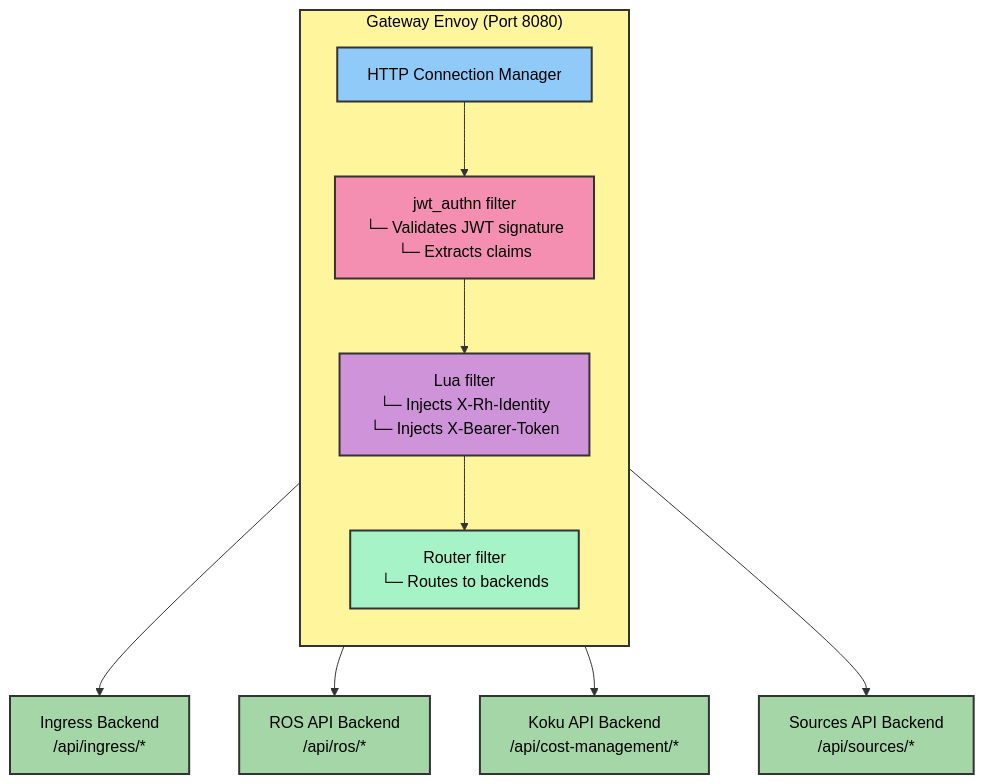
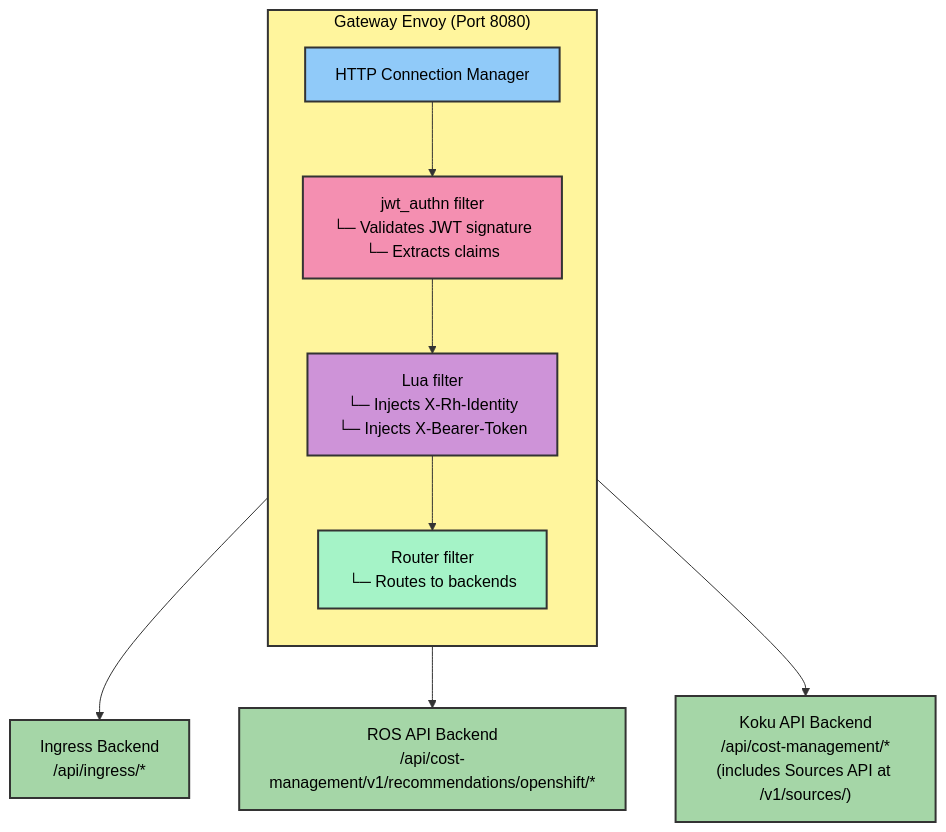
One commit to jordigilh/ros-helm-chart changed the first of 2 diagrams in docs/helm-templates-reference.md. Above: the diagram before and after it, drawn with Mermaid. The commit also changed other lines of this file and 13 other files, not shown here.

First line of the commit message:
Remove sources-api references after Koku integration

````diff
--- a/docs/helm-templates-reference.md
+++ b/docs/helm-templates-reference.md
@@ -121,34 +120,31 @@
 ```mermaid
 graph TB
     subgraph Gateway["Gateway Envoy (Port 8080)"]
         direction TB
         HCM["HTTP Connection Manager"]
         JWT["jwt_authn filter<br/>└─ Validates JWT signature<br/>└─ Extracts claims"]
         Lua["Lua filter<br/>└─ Injects X-Rh-Identity<br/>└─ Injects X-Bearer-Token"]
         Router["Router filter<br/>└─ Routes to backends"]
 
         HCM --> JWT
         JWT --> Lua
         Lua --> Router
     end
 
     Ingress["Ingress Backend<br/>/api/ingress/*"]
-    RosAPI["ROS API Backend<br/>/api/ros/*"]
-    Koku["Koku API Backend<br/>/api/cost-management/*"]
-    Sources["Sources API Backend<br/>/api/sources/*"]
+    RosAPI["ROS API Backend<br/>/api/cost-management/v1/recommendations/openshift/*"]
+    Koku["Koku API Backend<br/>/api/cost-management/*<br/>(includes Sources API at /v1/sources/)"]
 
     Router --> Ingress
     Router --> RosAPI
     Router --> Koku
-    Router --> Sources
 
     style Gateway fill:#fff59d,stroke:#333,stroke-width:2px,color:#000
     style Ingress fill:#a5d6a7,stroke:#333,stroke-width:2px,color:#000
     style RosAPI fill:#a5d6a7,stroke:#333,stroke-width:2px,color:#000
     style Koku fill:#a5d6a7,stroke:#333,stroke-width:2px,color:#000
-    style Sources fill:#a5d6a7,stroke:#333,stroke-width:2px,color:#000
     style HCM fill:#90caf9,stroke:#333,stroke-width:2px,color:#000
     style JWT fill:#f48fb1,stroke:#333,stroke-width:2px,color:#000
     style Lua fill:#ce93d8,stroke:#333,stroke-width:2px,color:#000
     style Router fill:#a5f3c7,stroke:#333,stroke-width:2px,color:#000
 ```
````
